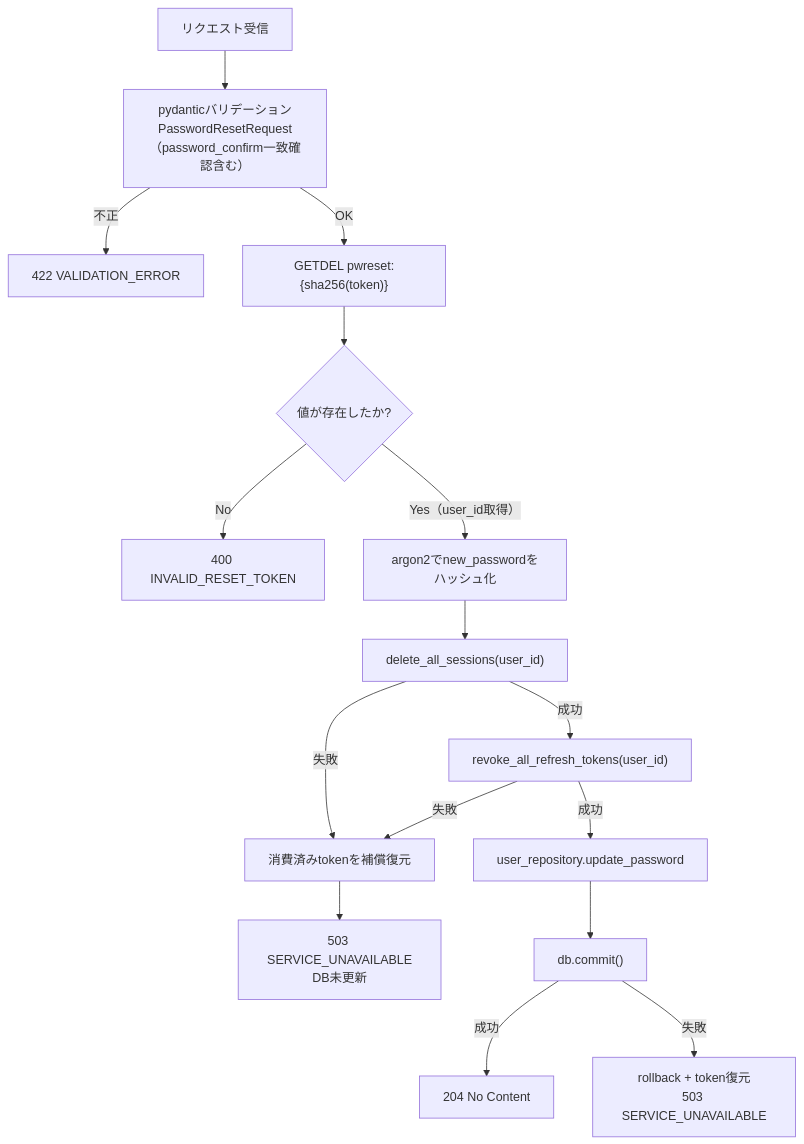
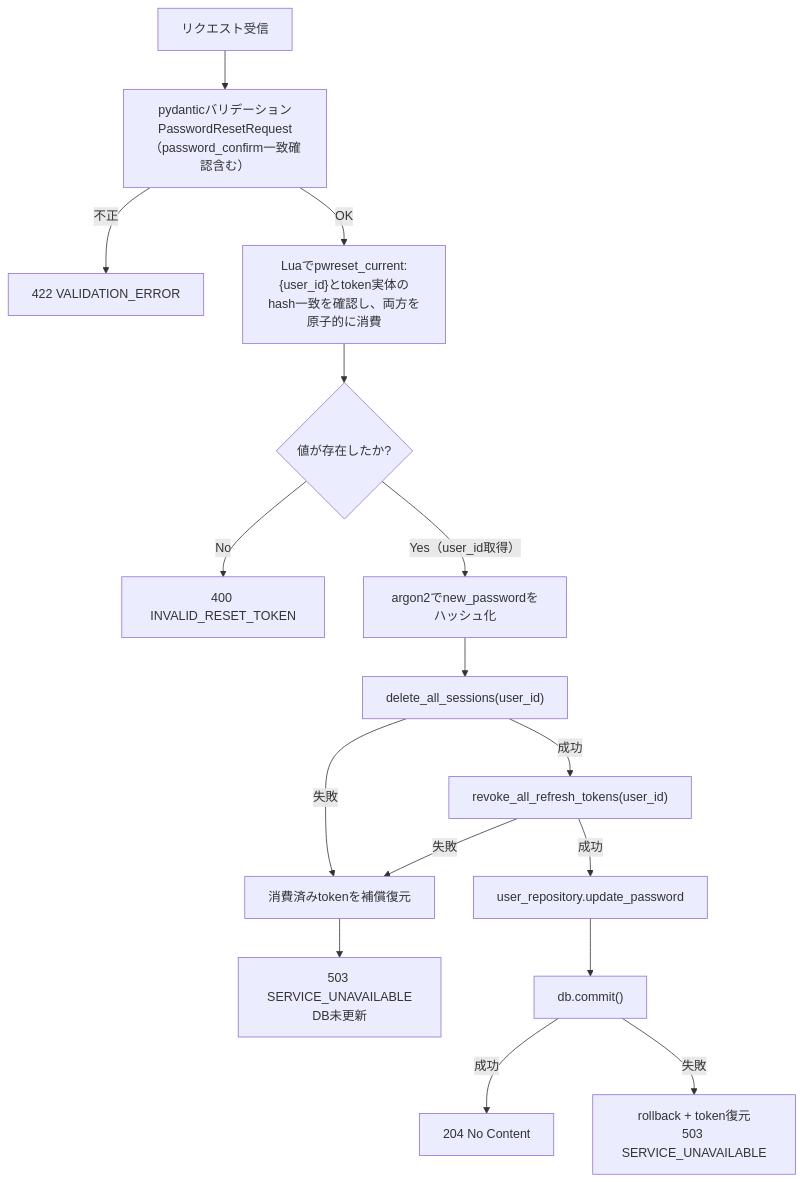
Before and after one commit to oikawa-d/task_management: the second of 4 diagrams in docs/detailed_design/api/auth/10_post_auth_password_reset.md, drawn with Mermaid. The commit also changed other lines of this file and 9 other files, not shown here.

````diff
--- a/docs/detailed_design/api/auth/10_post_auth_password_reset.md
+++ b/docs/detailed_design/api/auth/10_post_auth_password_reset.md
@@ -139,18 +139,18 @@
 ```mermaid
 flowchart TB
     A["リクエスト受信"] --> B["pydanticバリデーション<br/>PasswordResetRequest<br/>（password_confirm一致確認含む）"]
     B -->|"不正"| E1["422 VALIDATION_ERROR"]
-    B -->|"OK"| C["GETDEL pwreset:{sha256(token)}"]
+    B -->|"OK"| C["Luaでpwreset_current:{user_id}とtoken実体のhash一致を確認し、両方を原子的に消費"]
     C --> D{"値が存在したか?"}
     D -->|"No"| E2["400 INVALID_RESET_TOKEN"]
     D -->|"Yes（user_id取得）"| F["argon2でnew_passwordをハッシュ化"]
     F --> G["delete_all_sessions(user_id)"]
     G -->|"失敗"| R1["消費済みtokenを補償復元"]
     G -->|"成功"| H["revoke_all_refresh_tokens(user_id)"]
     H -->|"失敗"| R1
     H -->|"成功"| I["user_repository.update_password"]
     I --> J["db.commit()"]
     J -->|"成功"| K["204 No Content"]
     J -->|"失敗"| R2["rollback + token復元<br/>503 SERVICE_UNAVAILABLE"]
     R1 --> E3["503 SERVICE_UNAVAILABLE<br/>DB未更新"]
 ```
````
